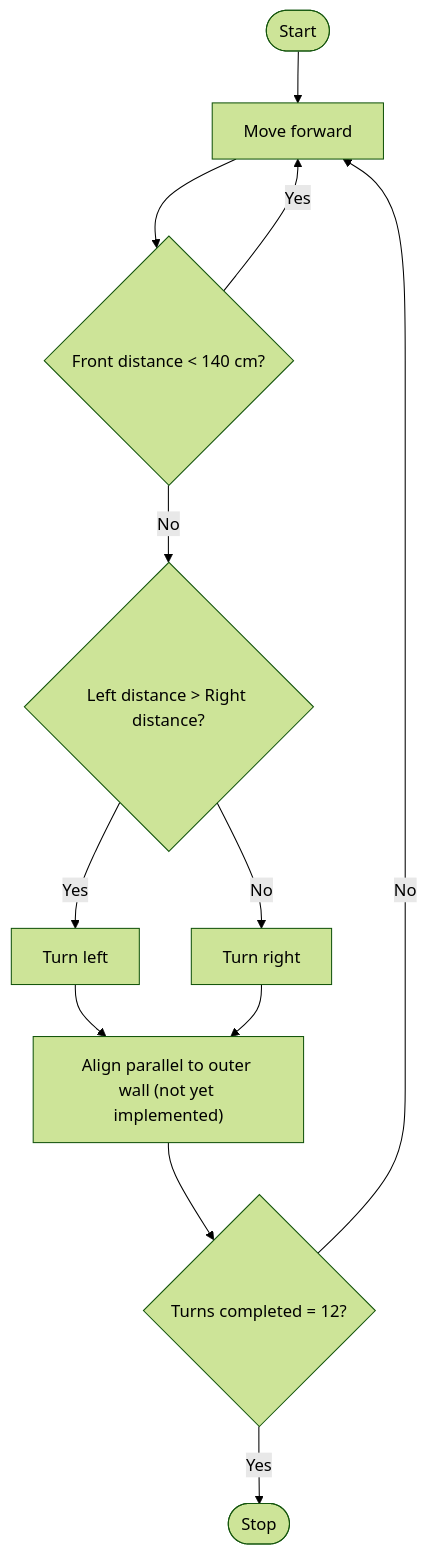
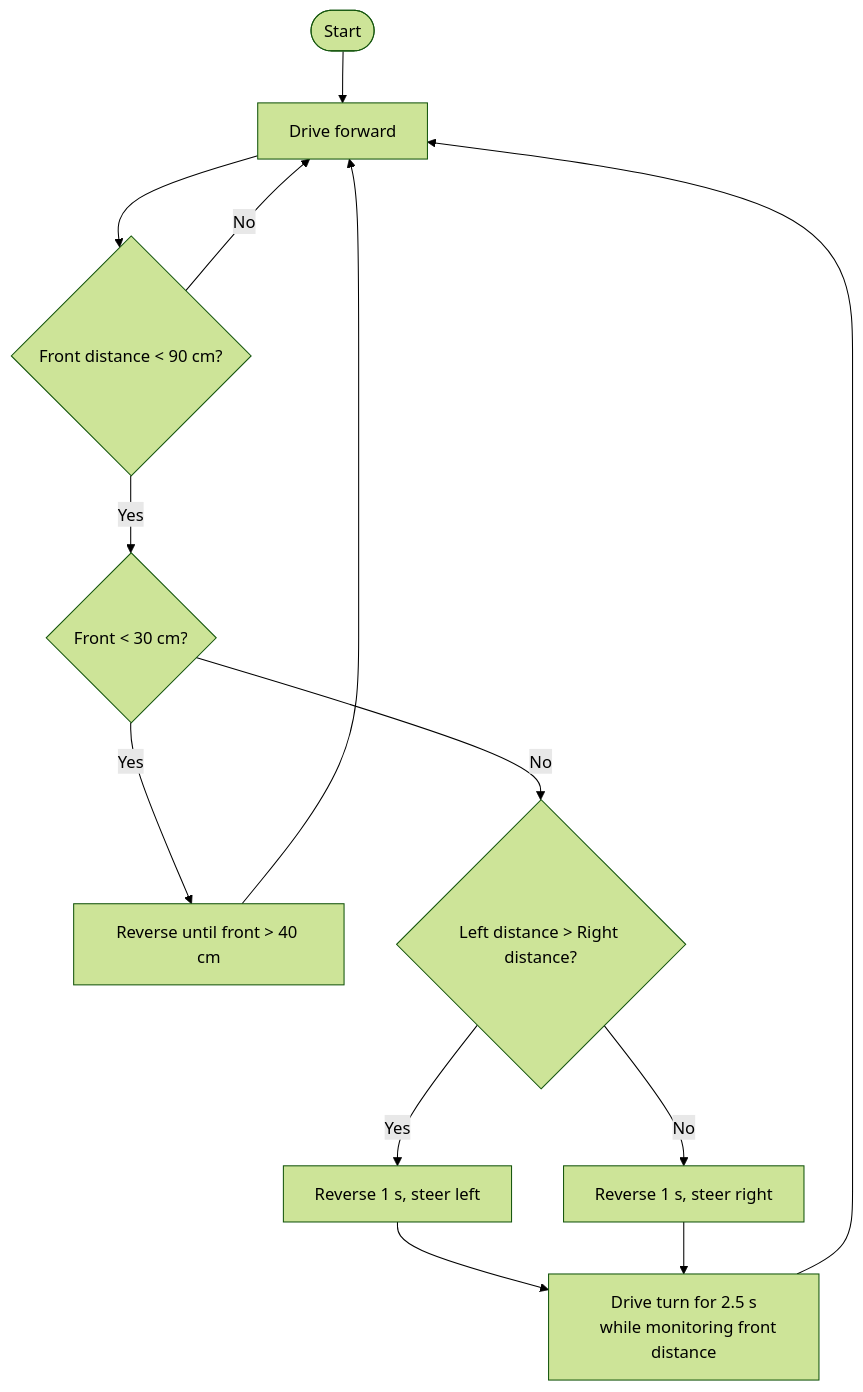
Before and after one commit to NotAPi/NotAPi_WRO: the diagram in README.md, drawn with Mermaid (forest theme). The commit also changed other lines of this file and 1 other file, not shown here.

````diff
--- a/README.md
+++ b/README.md
@@ -78,14 +77,16 @@
 ```mermaid
 flowchart TD
-  Start([Start]) --> Forward[Move forward]
-  Forward --> Fdist{Front distance < 140 cm?}
-  Fdist -- Yes --> Forward
-  Fdist -- No --> SideCheck{Left distance > Right distance?}
-  SideCheck -- Yes --> TurnLeft[Turn left]
-  SideCheck -- No --> TurnRight[Turn right]
-  TurnLeft --> Align["Align parallel to outer wall (not yet implemented)"]
-  TurnRight --> Align
-  Align --> Count{Turns completed = 12?}
-  Count -- No --> Forward
-  Count -- Yes --> Stop([Stop])
+  Start([Start]) --> Forward[Drive forward]
+  Forward --> Fdist{Front distance < 90 cm?}
+  Fdist -- No --> Forward
+  Fdist -- Yes --> CrashCheck{Front < 30 cm?}
+  CrashCheck -- Yes --> CrashRecover[Reverse until front > 40 cm]
+  CrashRecover --> Forward
+  CrashCheck -- No --> SideCheck{Left distance > Right distance?}
+  SideCheck -- Yes --> TurnLeft[Reverse 1 s, steer left]
+  SideCheck -- No --> TurnRight[Reverse 1 s, steer right]
+  TurnLeft --> TurnExec[Drive turn for 2.5 s
+   while monitoring front distance]
+  TurnRight --> TurnExec
+  TurnExec --> Forward
 ```
````
